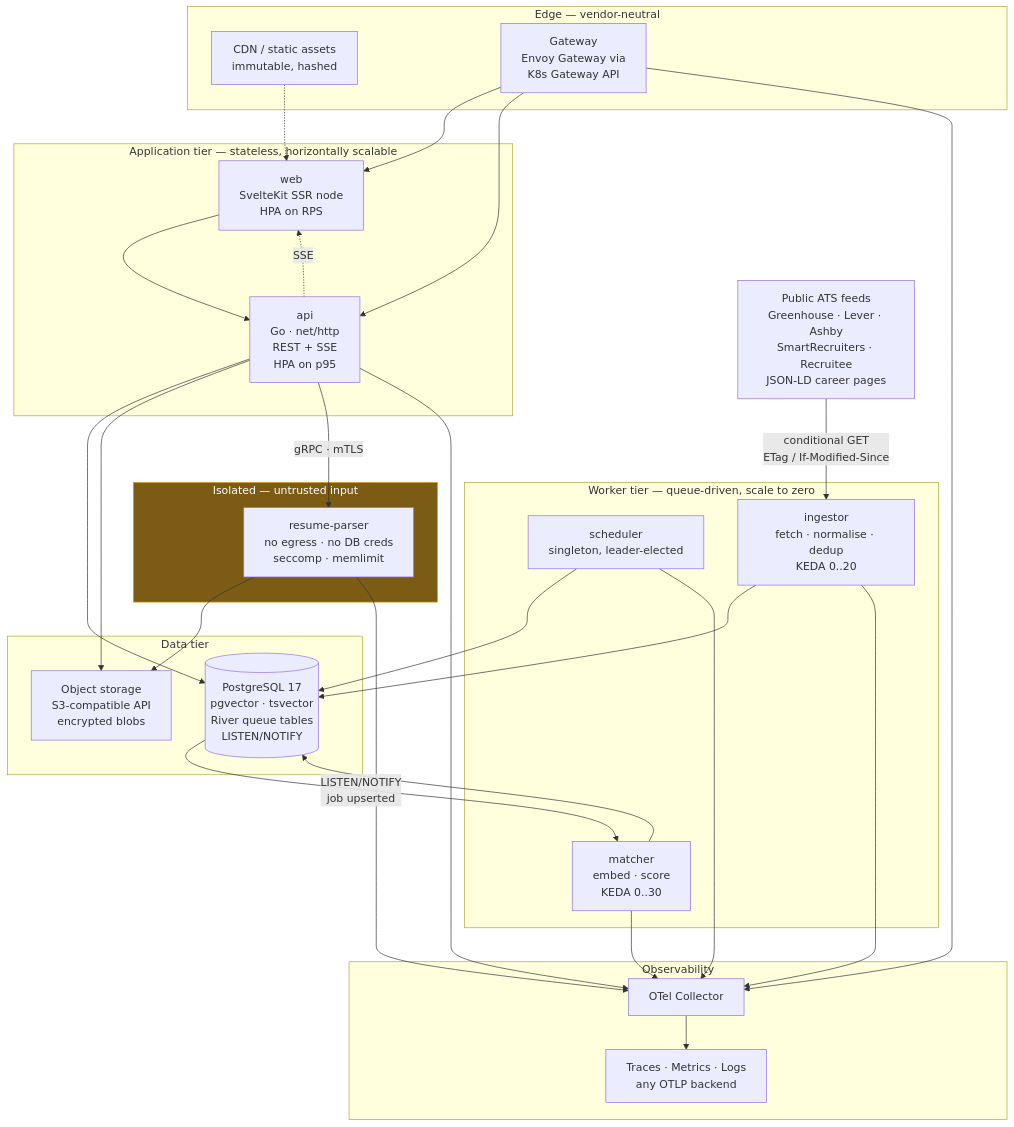
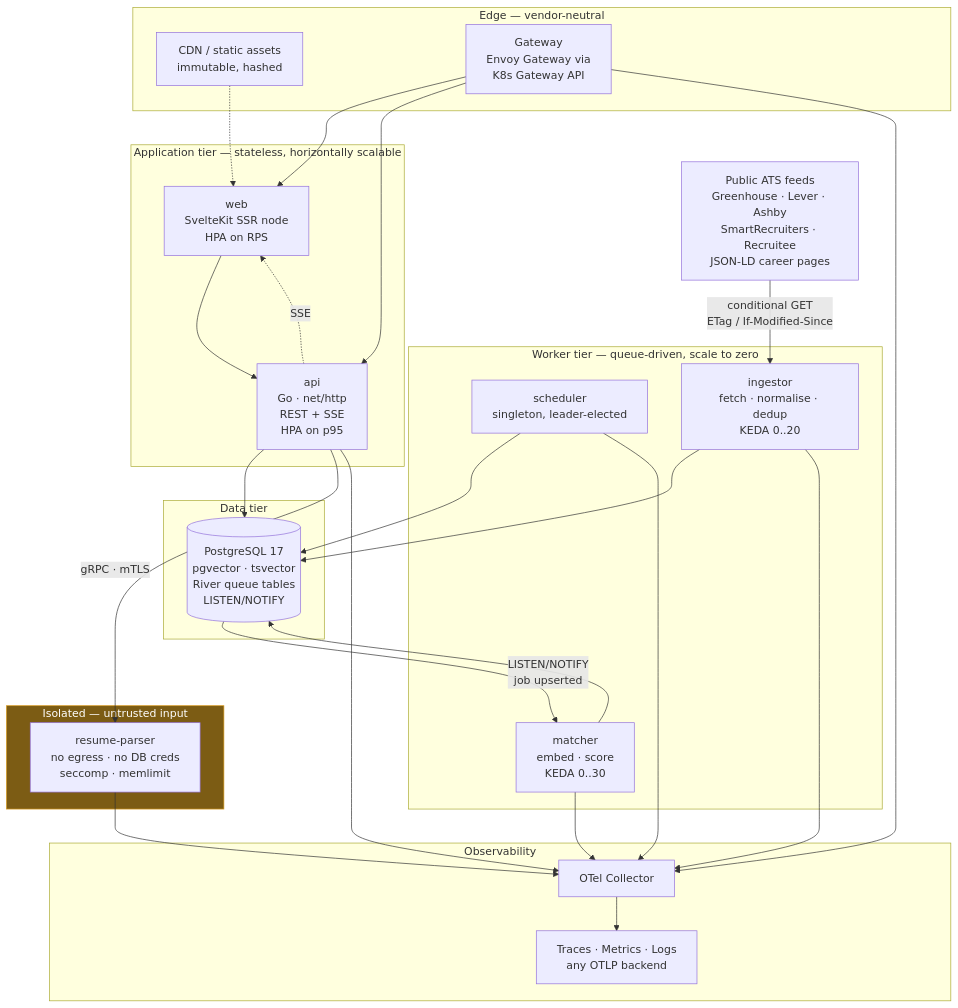
Before and after one commit to ergodicregulus/jobtrack: the first of 4 diagrams in docs/architecture/system-architecture.md, drawn with Mermaid. The commit also changed other lines of this file and 21 other files, not shown here.

````diff
--- a/docs/architecture/system-architecture.md
+++ b/docs/architecture/system-architecture.md
@@ -27,53 +27,50 @@
 ```mermaid
 flowchart TB
     subgraph edge["Edge — vendor-neutral"]
         CDN["CDN / static assets\nimmutable, hashed"]
         GW["Gateway\nEnvoy Gateway via\nK8s Gateway API"]
     end
 
     subgraph app["Application tier — stateless, horizontally scalable"]
         WEB["web\nSvelteKit SSR node\nHPA on RPS"]
         API["api\nGo · net/http\nREST + SSE\nHPA on p95"]
     end
 
     subgraph work["Worker tier — queue-driven, scale to zero"]
         SCH["scheduler\nsingleton, leader-elected"]
         ING["ingestor\nfetch · normalise · dedup\nKEDA 0..20"]
         MAT["matcher\nembed · score\nKEDA 0..30"]
     end
 
     subgraph iso["Isolated — untrusted input"]
         RP["resume-parser\nno egress · no DB creds\nseccomp · memlimit"]
     end
 
     subgraph data["Data tier"]
         PG[("PostgreSQL 17\npgvector · tsvector\nRiver queue tables\nLISTEN/NOTIFY")]
-        OBJ["Object storage\nS3-compatible API\nencrypted blobs"]
     end
 
     subgraph obs["Observability"]
         OTEL["OTel Collector"]
         BE["Traces · Metrics · Logs\nany OTLP backend"]
     end
 
     SRC["Public ATS feeds\nGreenhouse · Lever · Ashby\nSmartRecruiters · Recruitee\nJSON-LD career pages"]
 
     GW --> WEB --> API
     GW --> API
     CDN -.-> WEB
     API --> PG
-    API --> OBJ
     API -->|"gRPC · mTLS"| RP
-    RP --> OBJ
     SCH --> PG
     ING --> PG
     MAT --> PG
     SRC -->|"conditional GET\nETag / If-Modified-Since"| ING
     PG -->|"LISTEN/NOTIFY\njob upserted"| MAT
     API -.->|SSE| WEB
 
     GW & API & ING & MAT & SCH & RP --> OTEL
     OTEL --> BE
 
     style iso fill:#7c5c14,stroke:#d99a1c,color:#fff
 ```
````
